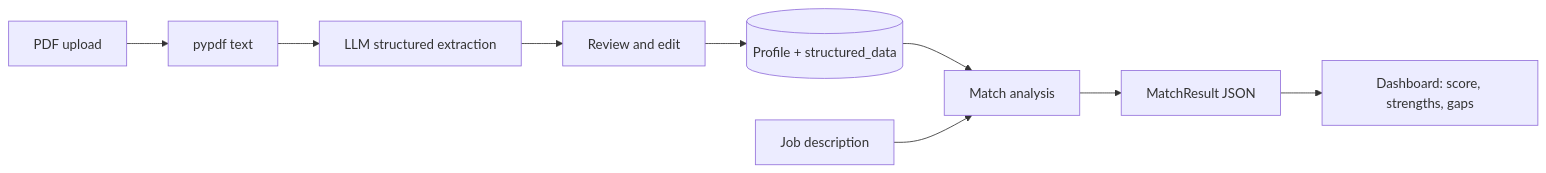
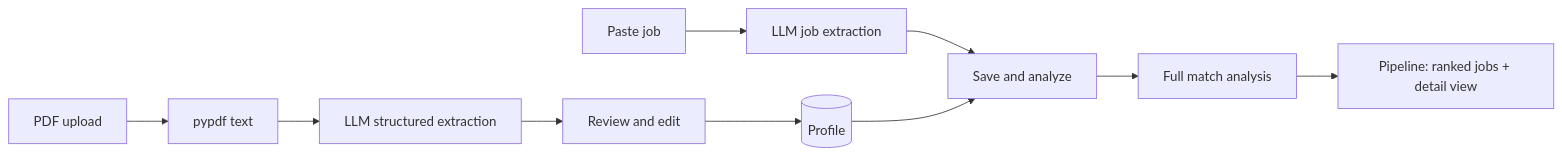
Before and after one commit to Englishpersonfaeroeislands211/ai-career-os: the diagram in README.md, drawn with Mermaid. The commit also changed other lines of this file and 10 other files, not shown here.

First line of the commit message:
docs: realign roadmap after match-on-insert product pivot

````diff
--- a/README.md
+++ b/README.md
@@ -61,11 +64,12 @@
 ```mermaid
 flowchart LR
     A[PDF upload] --> B[pypdf text]
     B --> C[LLM structured extraction]
     C --> D[Review and edit]
-    D --> E[(Profile + structured_data)]
-    E --> F[Match analysis]
-    J[Job description] --> F
-    F --> G[MatchResult JSON]
-    G --> H[Dashboard: score, strengths, gaps]
+    D --> E[(Profile)]
+    F[Paste job] --> G[LLM job extraction]
+    G --> H[Save and analyze]
+    E --> H
+    H --> I[Full match analysis]
+    I --> J[Pipeline: ranked jobs + detail view]
 ```
````
